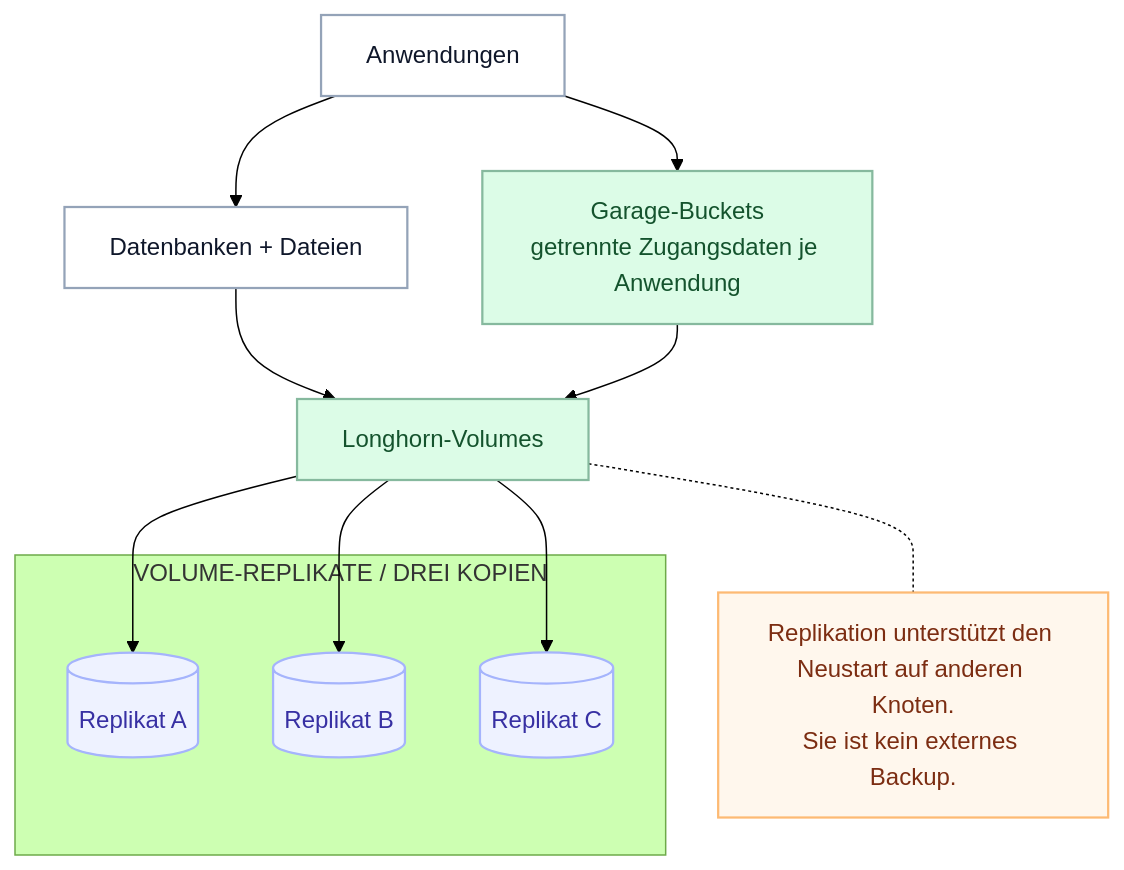
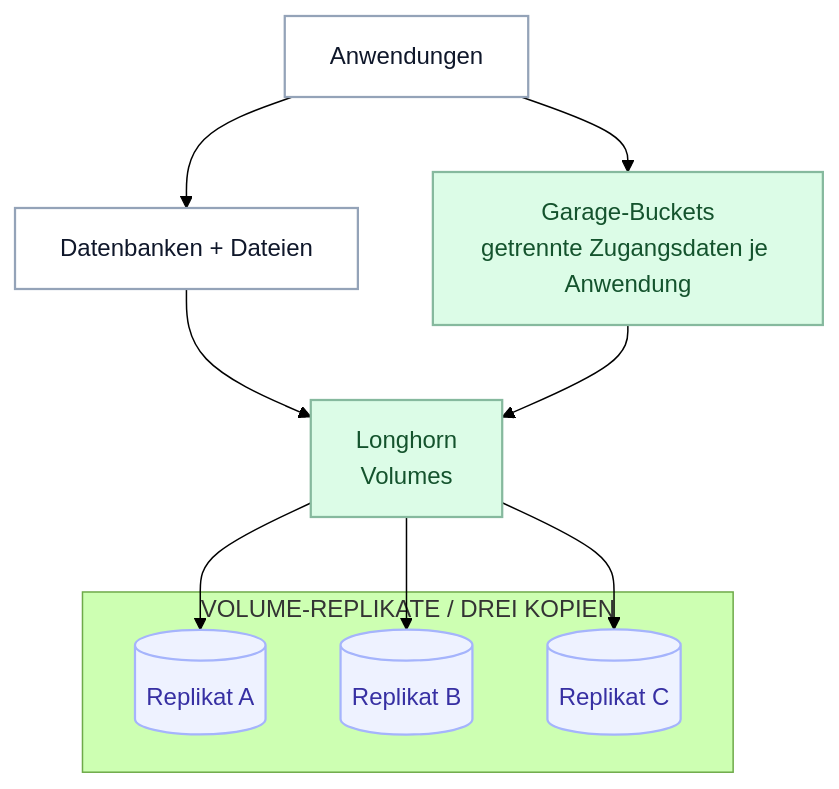
One commit to Paul1404/astro-portfolio changed the diagram in docs/diagrams/vertex/de-storage.mmd. Above: the diagram before and after it, drawn with Mermaid (forest theme). The commit also changed 15 other files, not shown here.

Commit message:
Make Vertex diagrams fit their layouts (#164)

```diff
--- a/docs/diagrams/vertex/de-storage.mmd
+++ b/docs/diagrams/vertex/de-storage.mmd
@@ -1,23 +1,20 @@
 flowchart TB
   accTitle: Persistente Daten auf Vertex
-  accDescr: Anwendungen nutzen Datenbanken und Dateien auf Longhorn-Volumes, einige zusätzlich S3-kompatible Garage-Buckets. Auch Garage-Daten liegen auf Longhorn. Longhorn hält drei Volume-Replikate auf Cluster-Knoten. Replikation ist kein externes Backup.
+  accDescr: Anwendungen nutzen Datenbanken und Dateien auf Longhorn<br/>Volumes, einige zusätzlich S3-kompatible Garage-Buckets. Auch Garage-Daten liegen auf Longhorn. Longhorn hält drei Volume-Replikate auf Cluster-Knoten.
   Apps["Anwendungen"]:::workload
   DB["Datenbanken + Dateien"]:::workload
   Obj["Garage-Buckets<br/>getrennte Zugangsdaten je Anwendung"]:::storage
-  Vol["Longhorn-Volumes"]:::storage
+  Vol["Longhorn<br/>Volumes"]:::storage
   subgraph copies["VOLUME-REPLIKATE / DREI KOPIEN"]
     A[("Replikat A")]:::copy
     B[("Replikat B")]:::copy
     C[("Replikat C")]:::copy
   end
   Apps --> DB --> Vol
   Apps --> Obj --> Vol
   Vol --> A
   Vol --> B
   Vol --> C
-  Note["Replikation unterstützt den Neustart auf anderen Knoten.<br/>Sie ist kein externes Backup."]:::note
-  Vol -.- Note
   classDef workload fill:#ffffff,stroke:#94a3b8,color:#0f172a,stroke-width:1.5px
   classDef storage fill:#dcfce7,stroke:#86b99e,color:#14532d,stroke-width:1.5px
   classDef copy fill:#eef2ff,stroke:#a5b4fc,color:#3730a3,stroke-width:1.5px
-  classDef note fill:#fff7ed,stroke:#fdba74,color:#7c2d12,stroke-width:1.5px
```
